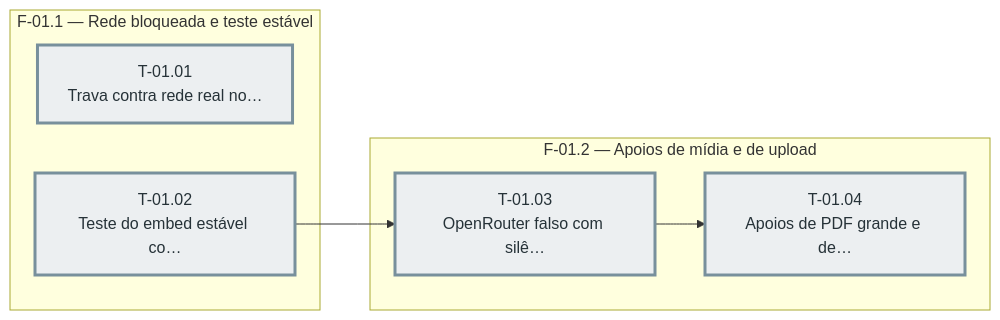
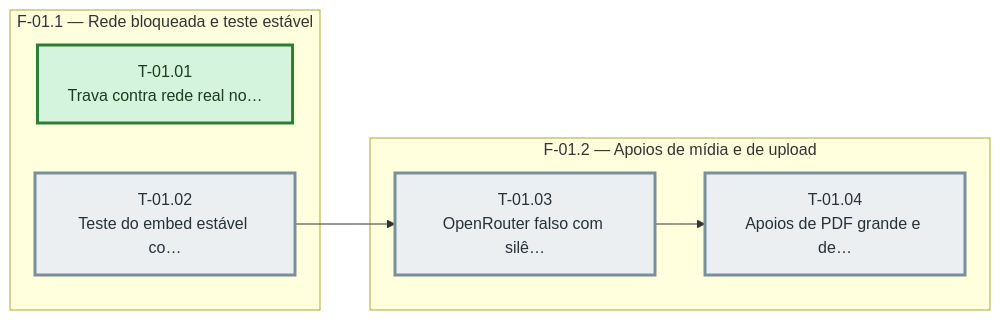
One commit to bittencourtthulio/converse-chatbot changed the diagram in docs/robustez-de-midia-e-operacao/sprint-01/fases.md. Above: the diagram before and after it, drawn with Mermaid. The commit also changed 7 other files, not shown here.

````diff
--- a/docs/robustez-de-midia-e-operacao/sprint-01/fases.md
+++ b/docs/robustez-de-midia-e-operacao/sprint-01/fases.md
@@ -31,23 +31,24 @@
 ```mermaid
 %% Grafo de tasks — sprint-01 — gerado pela sprintx a partir de tasks.md
 flowchart LR
   subgraph fase_01_1["F-01.1 — Rede bloqueada e teste estável"]
     T_01_01["T-01.01<br/>Trava contra rede real no…"]
     T_01_02["T-01.02<br/>Teste do embed estável co…"]
   end
   subgraph fase_01_2["F-01.2 — Apoios de mídia e de upload"]
     T_01_03["T-01.03<br/>OpenRouter falso com silê…"]
     T_01_04["T-01.04<br/>Apoios de PDF grande e de…"]
   end
   T_01_02 --> T_01_03
   T_01_03 --> T_01_04
 
   classDef concluida fill:#d4f4dd,stroke:#2e7d32,color:#1b3d20
   classDef andamento fill:#fff3cd,stroke:#b8860b,color:#4a3800
   classDef bloqueada fill:#f8d7da,stroke:#c62828,color:#4a1d1f
   classDef pendente  fill:#eceff1,stroke:#78909c,color:#263238
   classDef critico   stroke-width:3px
 
-  class T_01_01,T_01_02,T_01_03,T_01_04 pendente
+  class T_01_02,T_01_03,T_01_04 pendente
+  class T_01_01 concluida
   class T_01_01,T_01_02,T_01_03,T_01_04 critico
 ```
````
